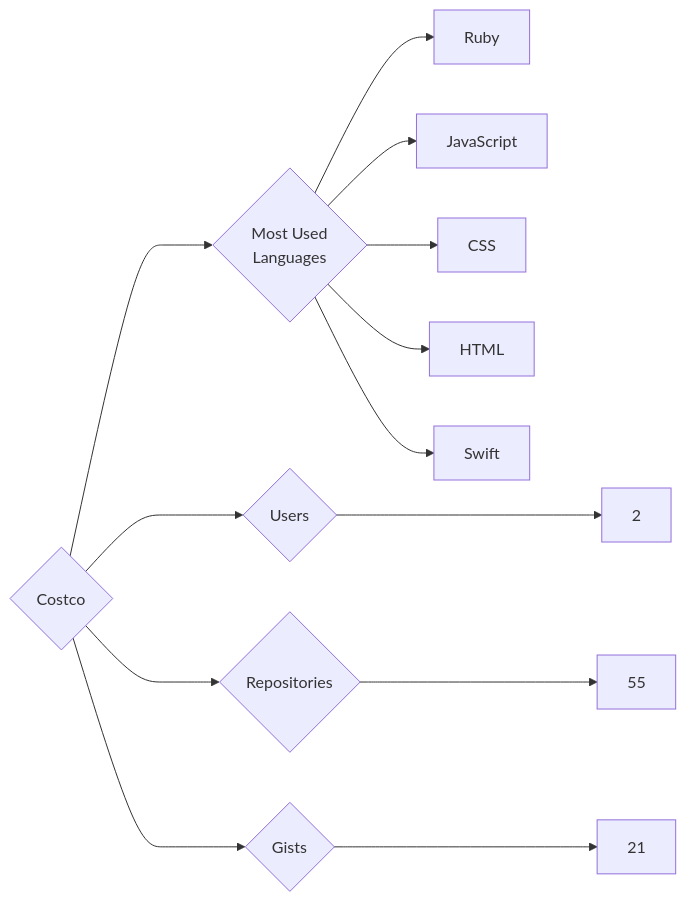
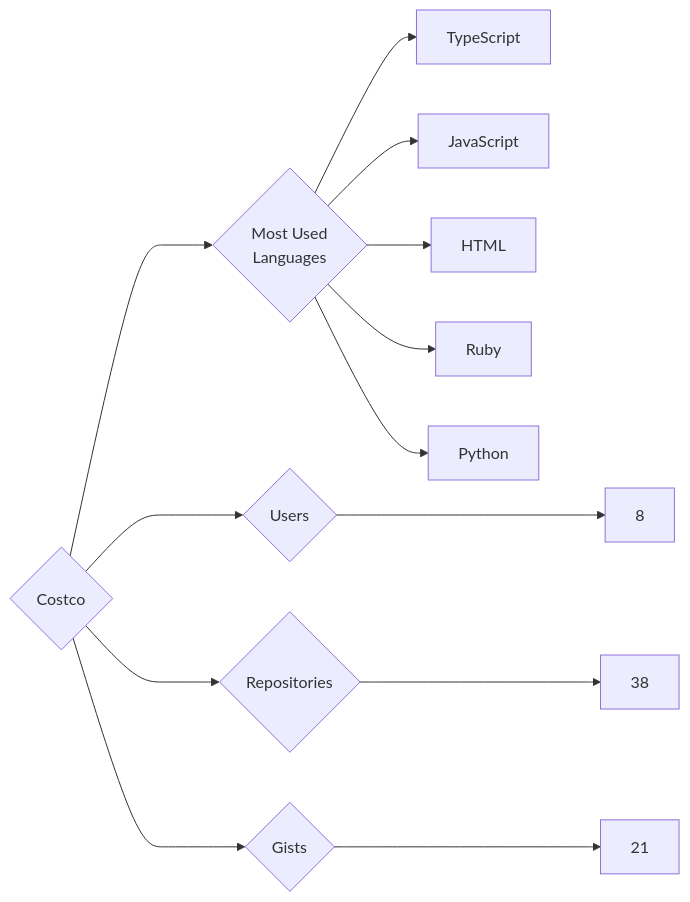
The diagram in targets/Costco/README.md (trickest/insiders), drawn with Mermaid before and after one commit. The commit also changed 1195 other files, not shown here.

````diff
--- a/targets/Costco/README.md
+++ b/targets/Costco/README.md
@@ -3,13 +3,13 @@
 ```mermaid
 graph LR
 COMPANY_NAME{Costco}
-COMPANY_NAME ---> U{Users} ---> UN[2]
-COMPANY_NAME ---> R{Repositories} ---> RN[55]
+COMPANY_NAME ---> U{Users} ---> UN[8]
+COMPANY_NAME ---> R{Repositories} ---> RN[38]
 COMPANY_NAME ---> G{Gists} ---> GN[21]
 COMPANY_NAME ---> ML{Most Used<br>Languages}
+ML --> TypeScript[TypeScript]
+ML --> JavaScript[JavaScript]
+ML --> HTML[HTML]
 ML --> Ruby[Ruby]
-ML --> JavaScript[JavaScript]
-ML --> CSS[CSS]
-ML --> HTML[HTML]
-ML --> Swift[Swift]
+ML --> Python[Python]
 ```
````
